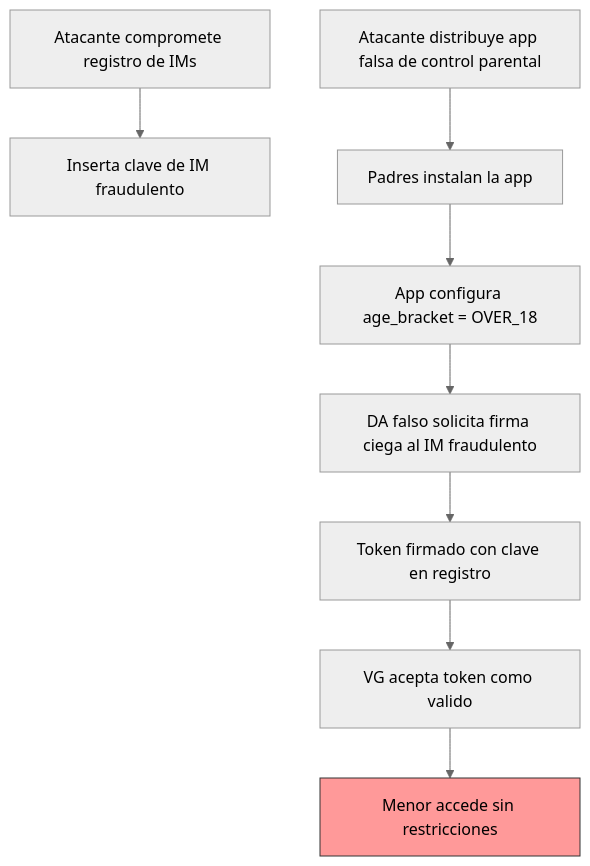
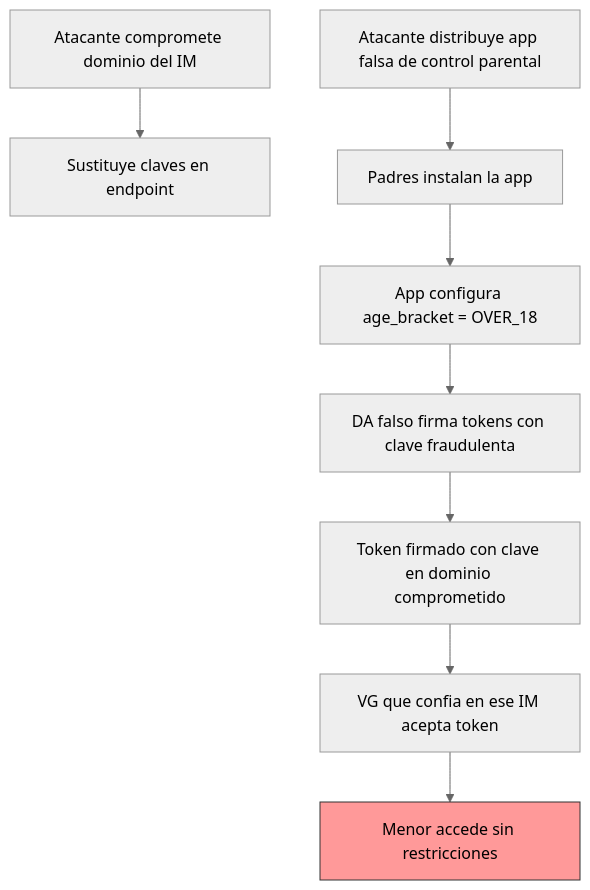
The seventh of 7 diagrams in SECURITY-ANALYSIS.md (jorgej-ramos/AAVP), drawn with Mermaid (neutral theme) before and after one commit. The commit also changed other lines of this file and 2 other files, not shown here.

````diff
--- a/SECURITY-ANALYSIS.md
+++ b/SECURITY-ANALYSIS.md
@@ -1332,11 +1340,11 @@
 ```mermaid
 flowchart TD
-    A[Atacante compromete registro de IMs] --> B[Inserta clave de IM fraudulento]
+    A[Atacante compromete dominio del IM] --> B[Sustituye claves en endpoint]
     C[Atacante distribuye app falsa de control parental] --> D[Padres instalan la app]
     D --> E[App configura age_bracket = OVER_18]
-    E --> F[DA falso solicita firma ciega al IM fraudulento]
-    F --> G[Token firmado con clave en registro]
-    G --> H[VG acepta token como valido]
+    E --> F[DA falso firma tokens con clave fraudulenta]
+    F --> G[Token firmado con clave en dominio comprometido]
+    G --> H[VG que confia en ese IM acepta token]
     H --> I[Menor accede sin restricciones]
     style I fill:#f99,stroke:#333
 ```
````
